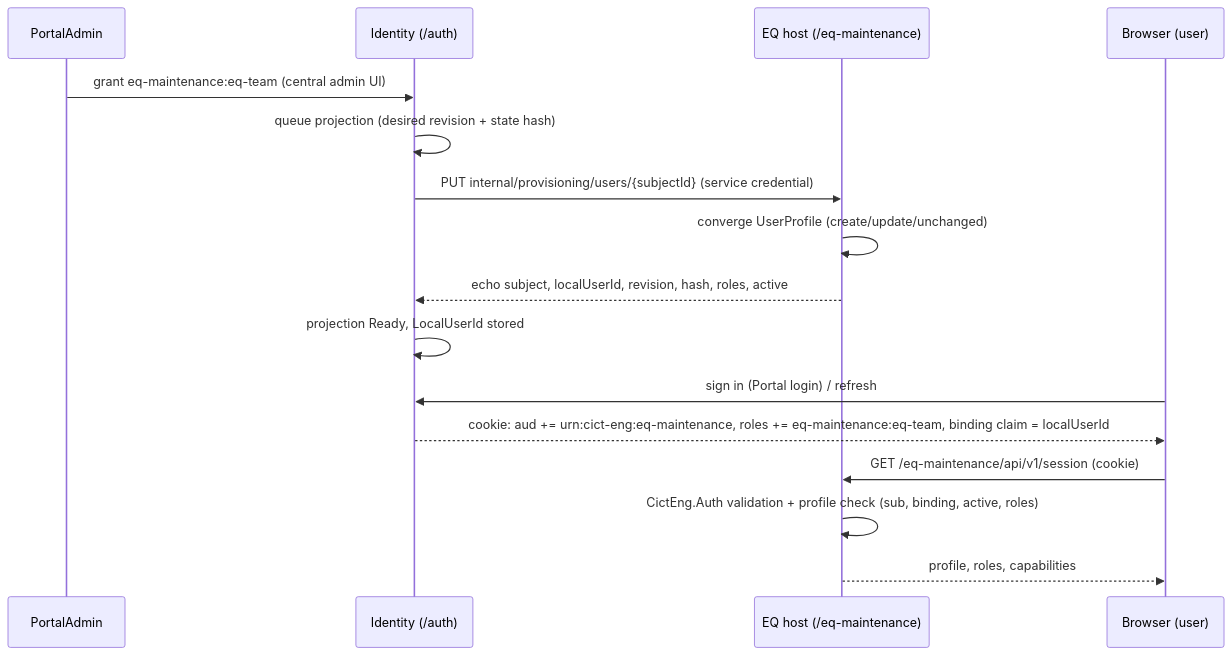
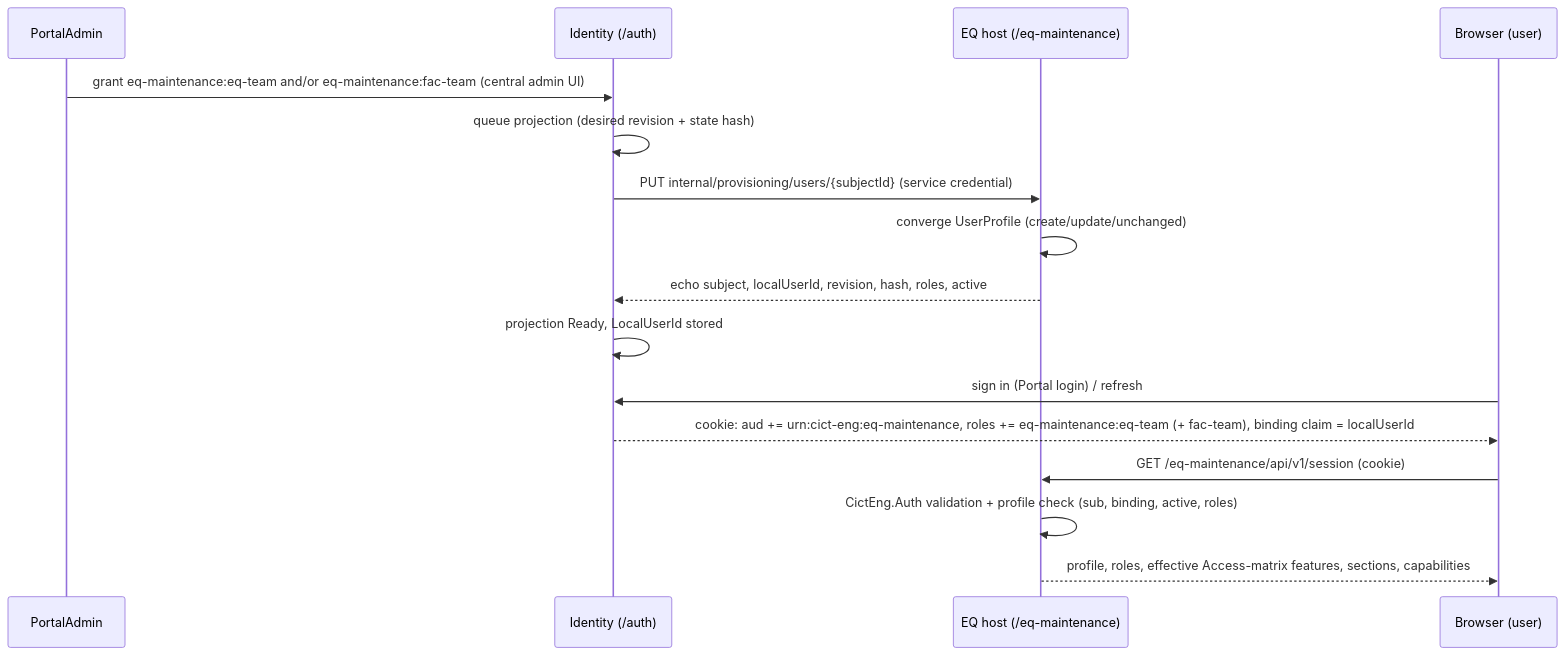
One commit to yhaggalla/EQ_MAINTENANCE changed the first of 2 diagrams in docs/PORTAL_INTEGRATION_PLAN.md. Above: the diagram before and after it, drawn with Mermaid. The commit also changed other lines of this file and 10 other files, not shown here.

First line of the commit message:
P01B: V2 contracts addendum (Access matrix, ZMMS, automatic status, spare parts, FAC, crane current state)

````diff
--- a/docs/PORTAL_INTEGRATION_PLAN.md
+++ b/docs/PORTAL_INTEGRATION_PLAN.md
@@ -105,18 +107,18 @@
 ```mermaid
 sequenceDiagram
   participant A as PortalAdmin
   participant I as Identity (/auth)
   participant E as EQ host (/eq-maintenance)
   participant B as Browser (user)
-  A->>I: grant eq-maintenance:eq-team (central admin UI)
+  A->>I: grant eq-maintenance:eq-team and/or eq-maintenance:fac-team (central admin UI)
   I->>I: queue projection (desired revision + state hash)
   I->>E: PUT internal/provisioning/users/{subjectId} (service credential)
   E->>E: converge UserProfile (create/update/unchanged)
   E-->>I: echo subject, localUserId, revision, hash, roles, active
   I->>I: projection Ready, LocalUserId stored
   B->>I: sign in (Portal login) / refresh
-  I-->>B: cookie: aud += urn:cict-eng:eq-maintenance, roles += eq-maintenance:eq-team, binding claim = localUserId
+  I-->>B: cookie: aud += urn:cict-eng:eq-maintenance, roles += eq-maintenance:eq-team (+ fac-team), binding claim = localUserId
   B->>E: GET /eq-maintenance/api/v1/session (cookie)
   E->>E: CictEng.Auth validation + profile check (sub, binding, active, roles)
-  E-->>B: profile, roles, capabilities
+  E-->>B: profile, roles, effective Access-matrix features, sections, capabilities
 ```
````
